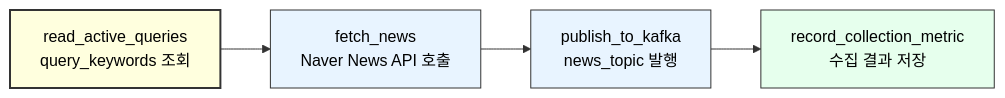
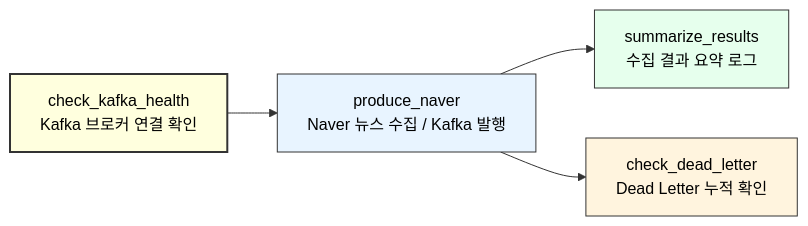
The second of 6 diagrams in docs/develop/Q3_AIRFLOW_DAG.md (yeongmin-yu/news-trend-pipeline-dev), drawn with Mermaid before and after one commit. The commit also changed other lines of this file, not shown here.

````diff
--- a/docs/develop/Q3_AIRFLOW_DAG.md
+++ b/docs/develop/Q3_AIRFLOW_DAG.md
@@ -153,11 +153,11 @@
 ```mermaid
 flowchart LR
-    A["read_active_queries<br/>query_keywords 조회"] --> B["fetch_news<br/>Naver News API 호출"]
-    B --> C["publish_to_kafka<br/>news_topic 발행"]
-    C --> D["record_collection_metric<br/>수집 결과 저장"]
+    A["check_kafka_health<br/>Kafka 브로커 연결 확인"] --> B["produce_naver<br/>Naver 뉴스 수집 / Kafka 발행"]
+    B --> C["summarize_results<br/>수집 결과 요약 로그"]
+    B --> D["check_dead_letter<br/>Dead Letter 누적 확인"]
 
     style A fill:#ffffde,stroke:#333,stroke-width:2px,color:black
     style B fill:#e8f4ff,stroke:#333,stroke-width:1px,color:black
-    style C fill:#e8f4ff,stroke:#333,stroke-width:1px,color:black
-    style D fill:#e6ffed,stroke:#333,stroke-width:1px,color:black
+    style C fill:#e6ffed,stroke:#333,stroke-width:1px,color:black
+    style D fill:#fff4de,stroke:#333,stroke-width:1px,color:black
 ```
````
